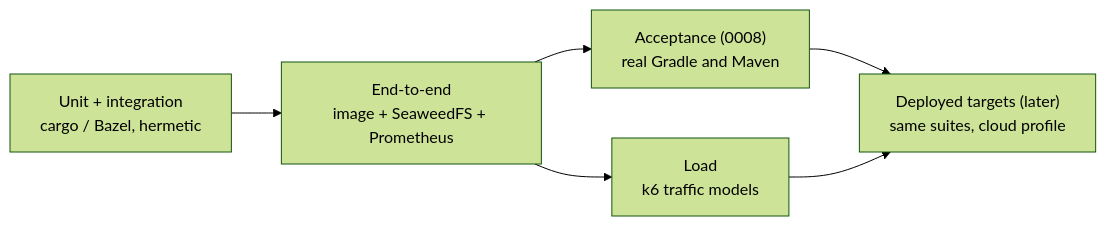
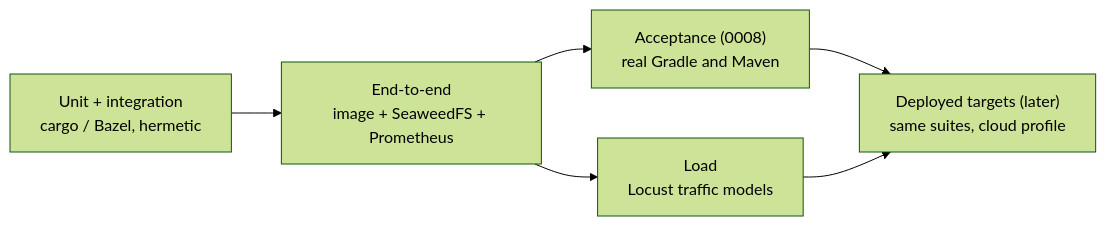
One commit to nevzheng/mammoth-cache changed the first of 2 diagrams in docs/design/0011-end-to-end-and-load-testing.md. Above: the diagram before and after it, drawn with Mermaid (forest theme). The commit also changed other lines of this file and 23 other files, not shown here.

First line of the commit message:
test: add Locust load runs, audit regressions, bucket outages and tier topologies (#67)

````diff
--- a/docs/design/0011-end-to-end-and-load-testing.md
+++ b/docs/design/0011-end-to-end-and-load-testing.md
@@ -68,8 +68,8 @@
 ```mermaid
 flowchart LR
     U["Unit + integration<br/>cargo / Bazel, hermetic"] --> E["End-to-end<br/>image + SeaweedFS + Prometheus"]
     E --> A["Acceptance (0008)<br/>real Gradle and Maven"]
-    E --> L["Load<br/>k6 traffic models"]
+    E --> L["Load<br/>Locust traffic models"]
     A --> D["Deployed targets (later)<br/>same suites, cloud profile"]
     L --> D
 ```
````
